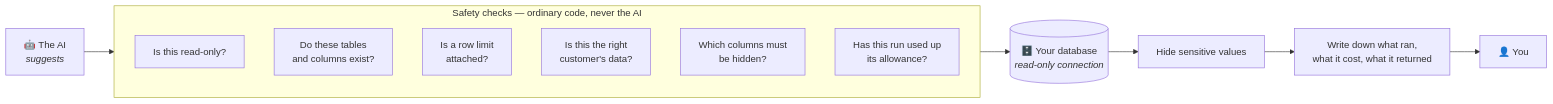
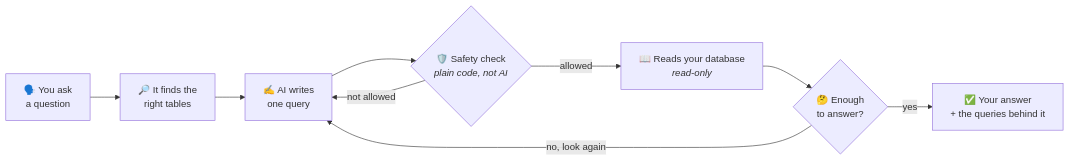
Before and after one commit to 50ur48h/DChat: the diagram in README.md, drawn with Mermaid. The commit also changed other lines of this file and 1 other file, not shown here.

First line of the commit message:
docs: a README a hackathon judge can read in two minutes (#158)

````diff
--- a/README.md
+++ b/README.md
@@ -155,18 +67,11 @@
 ```mermaid
 flowchart LR
-    AI["🤖 The AI<br/><i>suggests</i>"] --> GATE
-
-    subgraph GATE["Safety checks — ordinary code, never the AI"]
-        G1[Is this read-only?]
-        G2[Do these tables<br/>and columns exist?]
-        G3[Is a row limit<br/>attached?]
-        G4[Is this the right<br/>customer's data?]
-        G5[Which columns must<br/>be hidden?]
-        G6[Has this run used up<br/>its allowance?]
-    end
-
-    GATE --> DB[("🗄️ Your database<br/><i>read-only connection</i>")]
-    DB --> MASK[Hide sensitive values]
-    MASK --> LEDGER[Write down what ran,<br/>what it cost, what it returned]
-    LEDGER --> USER["👤 You"]
+    Q["🗣️ You ask<br/>a question"] --> F["🔎 It finds the<br/>right tables"]
+    F --> W["✍️ AI writes<br/>one query"]
+    W --> C{"🛡️ Safety check<br/><i>plain code, not AI</i>"}
+    C -- "not allowed" --> W
+    C -- "allowed" --> R["📖 Reads your database<br/><i>read-only</i>"]
+    R --> E{"🤔 Enough<br/>to answer?"}
+    E -- "no, look again" --> W
+    E -- "yes" --> A["✅ Your answer<br/>+ the queries behind it"]
 ```
````
